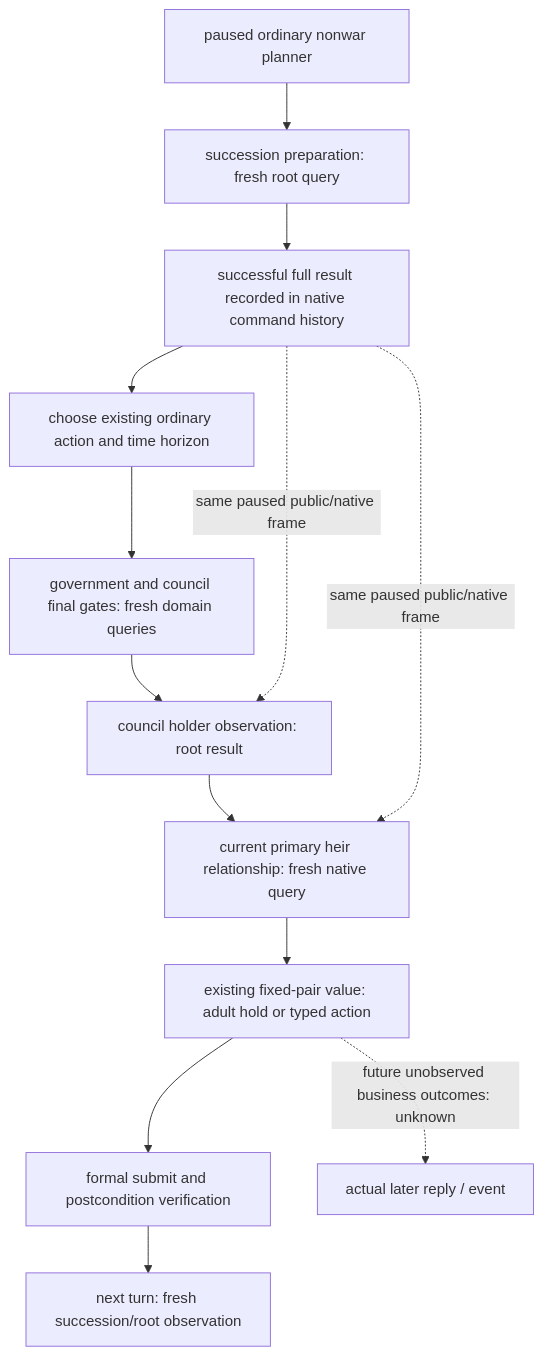
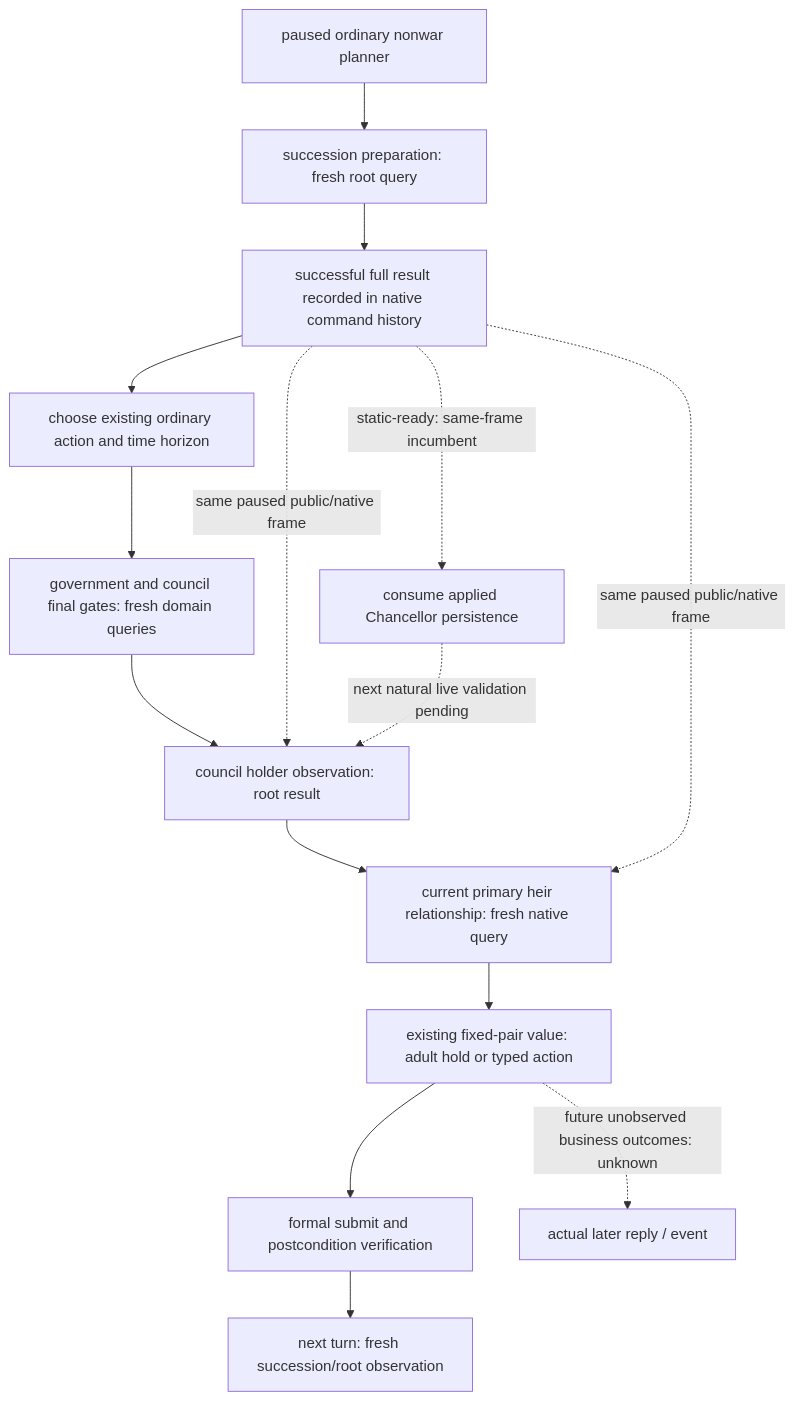
One commit to XenoAmess/ck3_eternal_recurrence changed the diagram in docs/ck3-native-ai/robert-nonwar-planning-root-reuse.md. Above: the diagram before and after it, drawn with Mermaid. The commit also changed other lines of this file and 2 other files, not shown here.

Commit message:
Reuse current root incumbent when consuming the Chancellor assignment

````diff
--- a/docs/ck3-native-ai/robert-nonwar-planning-root-reuse.md
+++ b/docs/ck3-native-ai/robert-nonwar-planning-root-reuse.md
@@ -19,15 +19,17 @@
 ```mermaid
 flowchart TD
   A[paused ordinary nonwar planner] --> B[succession preparation: fresh root query]
   B --> C[successful full result recorded in native command history]
   C --> D[choose existing ordinary action and time horizon]
   D --> E[government and council final gates: fresh domain queries]
   E --> F[council holder observation: root result]
   F --> G[current primary heir relationship: fresh native query]
   G --> H[existing fixed-pair value: adult hold or typed action]
   H --> I[formal submit and postcondition verification]
   I --> J[next turn: fresh succession/root observation]
   C -. same paused public/native frame .-> F
   C -. same paused public/native frame .-> G
+  C -. static-ready: same-frame incumbent .-> K[consume applied Chancellor persistence]
+  K -. next natural live validation pending .-> F
   H -. future unobserved business outcomes: unknown .-> U[actual later reply / event]
 ```
````
